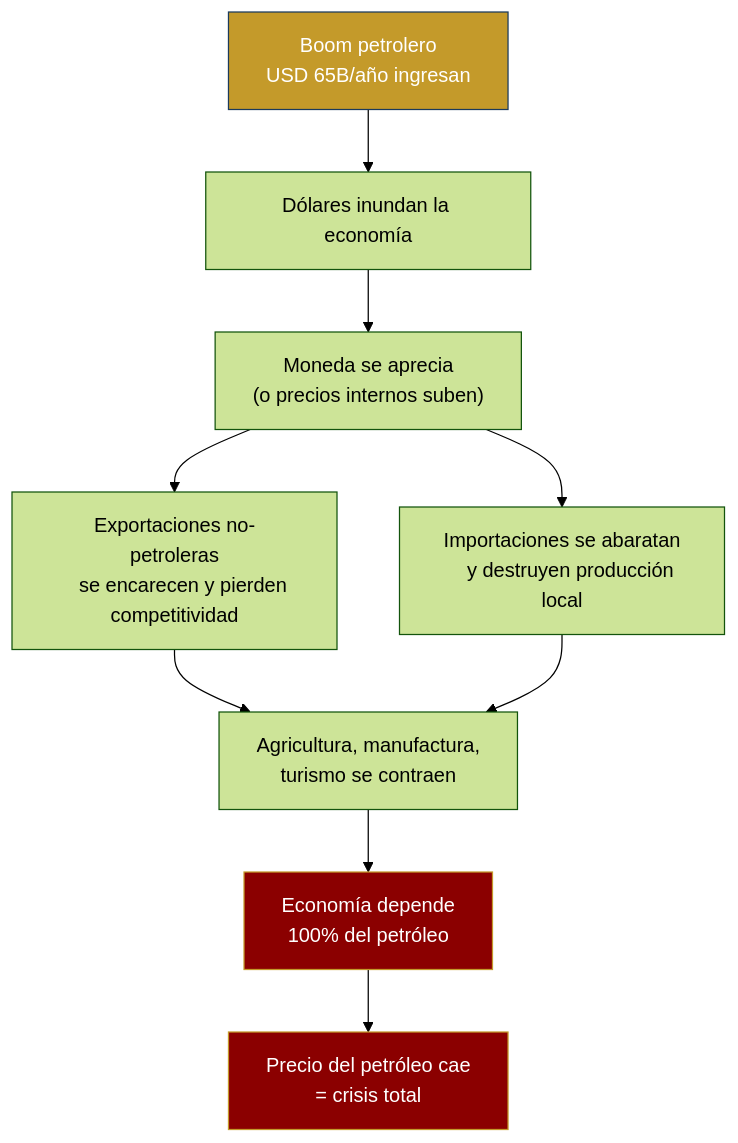
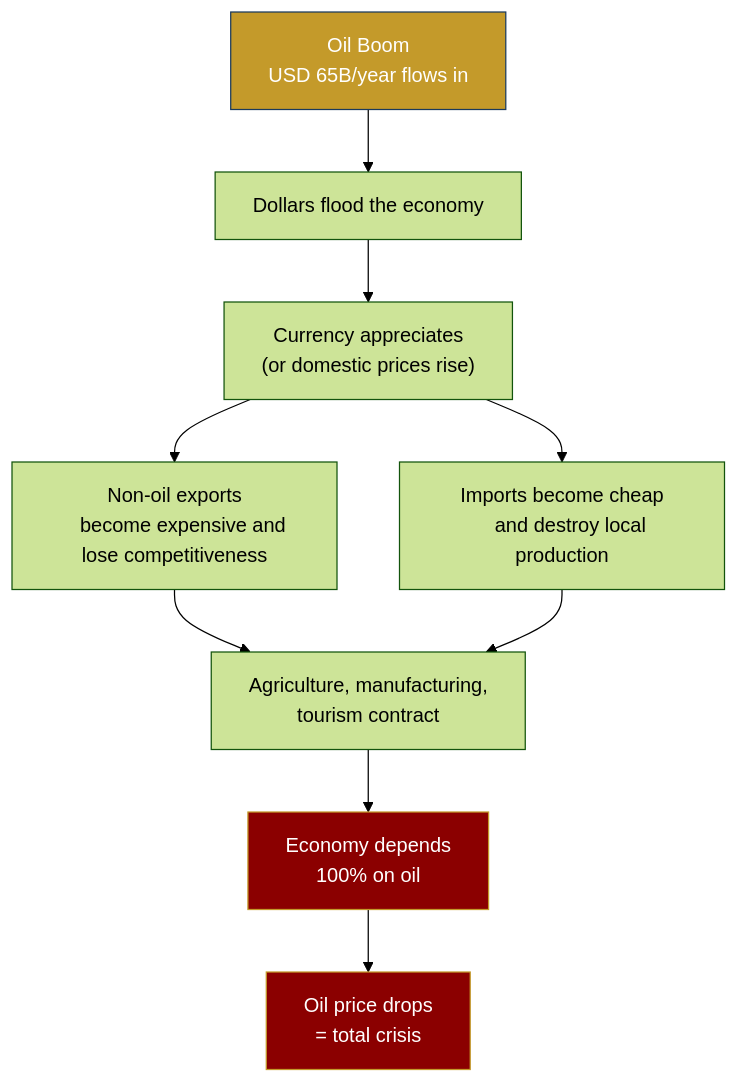
One commit to Venezuela-S-A/venezuela-sa changed the first of 3 diagrams in i18n/en/docusaurus-plugin-content-docs/current/02-motor-financiero/enfermedad-holandesa.md. Above: the diagram before and after it, drawn with Mermaid (forest theme). The commit also changed other lines of this file and 127 other files, not shown here.

````diff
--- a/i18n/en/docusaurus-plugin-content-docs/current/02-motor-financiero/enfermedad-holandesa.md
+++ b/i18n/en/docusaurus-plugin-content-docs/current/02-motor-financiero/enfermedad-holandesa.md
@@ -18,22 +18,22 @@
 ```mermaid
 flowchart TD
-    A["Boom petrolero
-    USD 65B/año ingresan"] --> B["Dólares inundan la economía"]
-    B --> C["Moneda se aprecia
-    (o precios internos suben)"]
-    C --> D["Exportaciones no-petroleras
-    se encarecen y pierden competitividad"]
-    C --> E["Importaciones se abaratan
-    y destruyen producción local"]
-    D --> F["Agricultura, manufactura,
-    turismo se contraen"]
+    A["Oil Boom
+    USD 65B/year flows in"] --> B["Dollars flood the economy"]
+    B --> C["Currency appreciates
+    (or domestic prices rise)"]
+    C --> D["Non-oil exports
+    become expensive and lose competitiveness"]
+    C --> E["Imports become cheap
+    and destroy local production"]
+    D --> F["Agriculture, manufacturing,
+    tourism contract"]
     E --> F
-    F --> G["Economía depende
-    100% del petróleo"]
-    G --> H["Precio del petróleo cae
-    = crisis total"]
+    F --> G["Economy depends
+    100% on oil"]
+    G --> H["Oil price drops
+    = total crisis"]
 
     style A fill:#C49A2A,stroke:#1B3A5C,color:#fff
     style G fill:#8B0000,stroke:#C49A2A,color:#fff
     style H fill:#8B0000,stroke:#C49A2A,color:#fff
 ```
````
